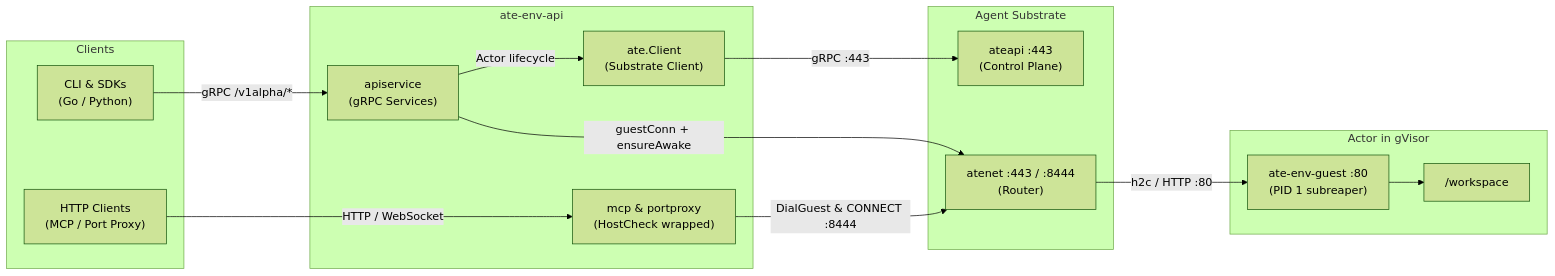
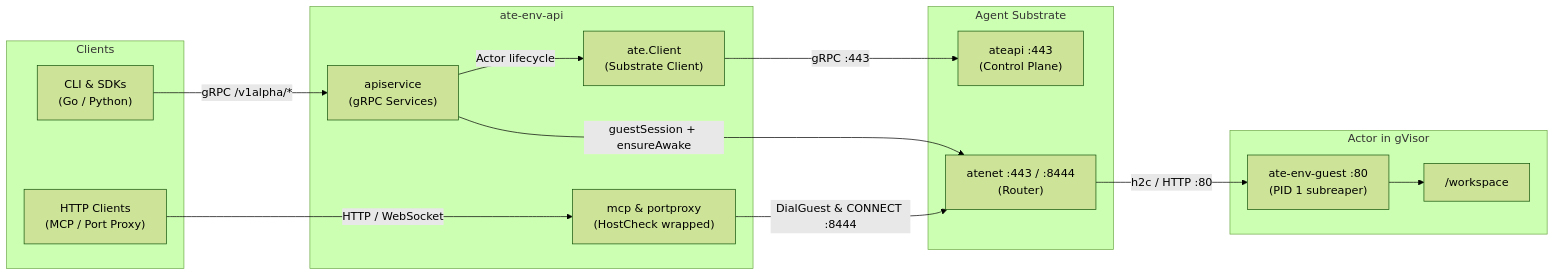
The first of 3 diagrams in docs/architecture.md (Edwinhr716/env-rl), drawn with Mermaid (forest theme) before and after one commit. The commit also changed other lines of this file and 29 other files, not shown here.

````diff
--- a/docs/architecture.md
+++ b/docs/architecture.md
@@ -17,32 +17,32 @@
 ```mermaid
 flowchart LR
   subgraph Clients["Clients"]
     CLI["CLI & SDKs\n(Go / Python)"]
     HTTPClient["HTTP Clients\n(MCP / Port Proxy)"]
   end
 
   subgraph API["ate-env-api"]
     APISvc["apiservice\n(gRPC Services)"]
     AteClient["ate.Client\n(Substrate Client)"]
     HTTPSvc["mcp & portproxy\n(HostCheck wrapped)"]
   end
 
   subgraph Substrate["Agent Substrate"]
     AteAPI["ateapi :443\n(Control Plane)"]
     AteNet["atenet :443 / :8444\n(Router)"]
   end
 
   subgraph Actor["Actor in gVisor"]
     GuestDaemon["ate-env-guest :80\n(PID 1 subreaper)"]
     Workspace["/workspace"]
   end
 
   CLI -->|gRPC /v1alpha/*| APISvc
   HTTPClient -->|HTTP / WebSocket| HTTPSvc
   APISvc -->|Actor lifecycle| AteClient
   AteClient -->|gRPC :443| AteAPI
-  APISvc -->|guestConn + ensureAwake| AteNet
+  APISvc -->|guestSession + ensureAwake| AteNet
   HTTPSvc -->|DialGuest & CONNECT :8444| AteNet
   AteNet -->|h2c / HTTP :80| GuestDaemon
   GuestDaemon --> Workspace
 ```
````
